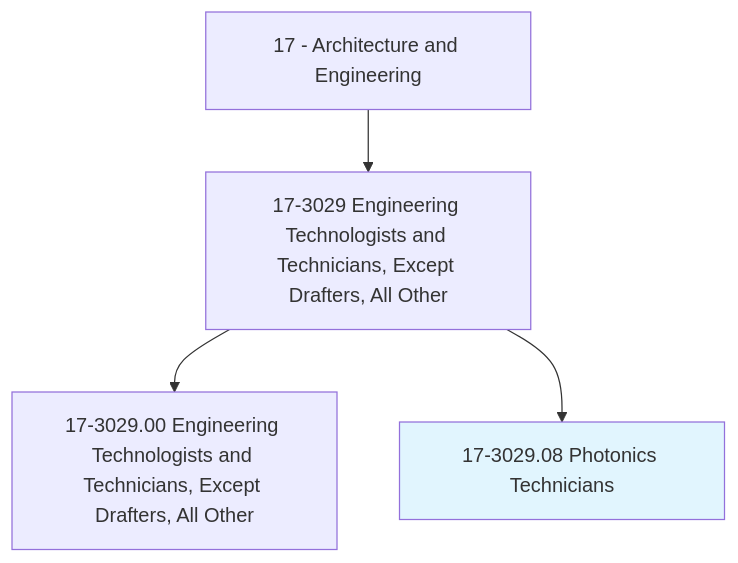
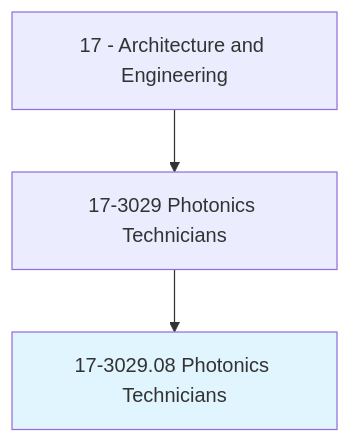
One commit to kziemski/business.org.ai changed the first of 4 diagrams in occupations/Architecture/PhotonicsTechnicians.mdx. Above: the diagram before and after it, drawn with Mermaid. The commit also changed other lines of this file and 938 other files, not shown here.

````diff
--- a/occupations/Architecture/PhotonicsTechnicians.mdx
+++ b/occupations/Architecture/PhotonicsTechnicians.mdx
@@ -19,7 +23,6 @@
 ```mermaid
 graph TD
-    Cat17["17 - Architecture and Engineering"] --> Group173029["17-3029 Engineering Technologists and Technicians, Except Drafters, All Other"]
-    Group173029 --> Base["17-3029.00 Engineering Technologists and Technicians, Except Drafters, All Other"]
+    Cat17["17 - Architecture and Engineering"] --> Group173029["17-3029 Photonics Technicians"]
     Group173029 --> Current["17-3029.08 Photonics Technicians"]
     style Current fill:#e1f5fe
 ```
````
